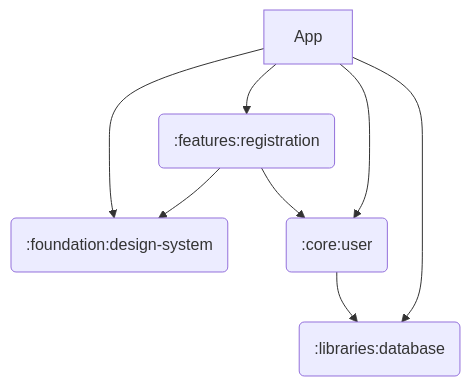
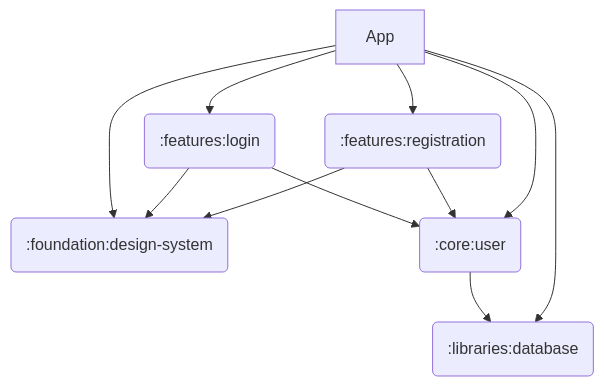
Before and after one commit to jorgecastrejon/budget-tracker: the diagram in README.md, drawn with Mermaid. The commit also changed other lines of this file and 25 other files, not shown here.

````diff
--- a/README.md
+++ b/README.md
@@ -30,10 +31,13 @@
 ```mermaid
 graph TD
     A[App] --> B(:features:registration)
+    A --> F(:features:login)
     B --> C(:foundation:design-system)
+    F --> C
     A --> C
     A --> D(:core:user)
     A --> E(:libraries:database)
     D --> E
     B --> D
+    F --> D
 ```
````
